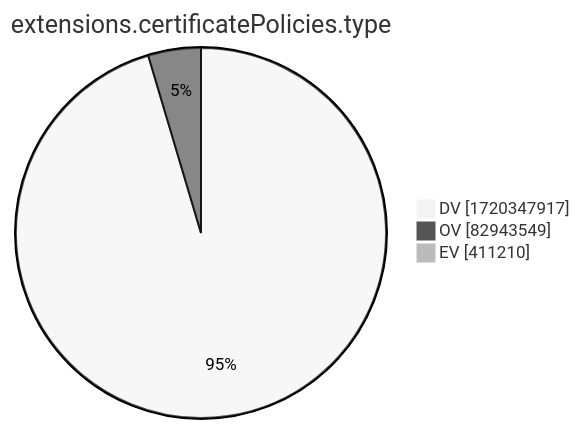
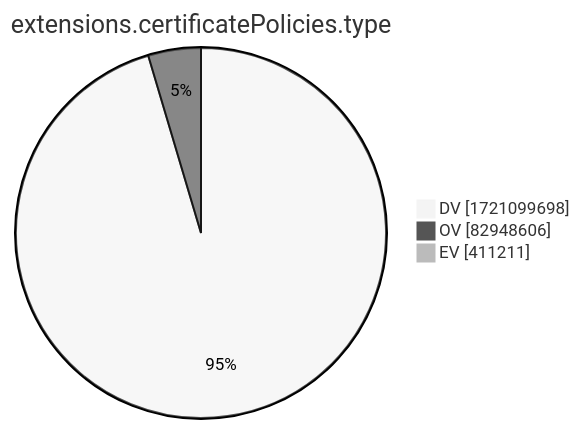
Before and after one commit to christiankrug/ctmonitor_visualization: the tenth of 15 diagrams in xenon2022/README.md, drawn with Mermaid (neutral theme). The commit also changed other lines of this file, not shown here.

````diff
--- a/xenon2022/README.md
+++ b/xenon2022/README.md
@@ -2881,7 +2881,7 @@
 ```mermaid
 pie showData
 title extensions.certificatePolicies.type
-"DV" :1720347917
-"OV" :82943549
-"EV" :411210
+"DV" :1721099698
+"OV" :82948606
+"EV" :411211
 ```
````
